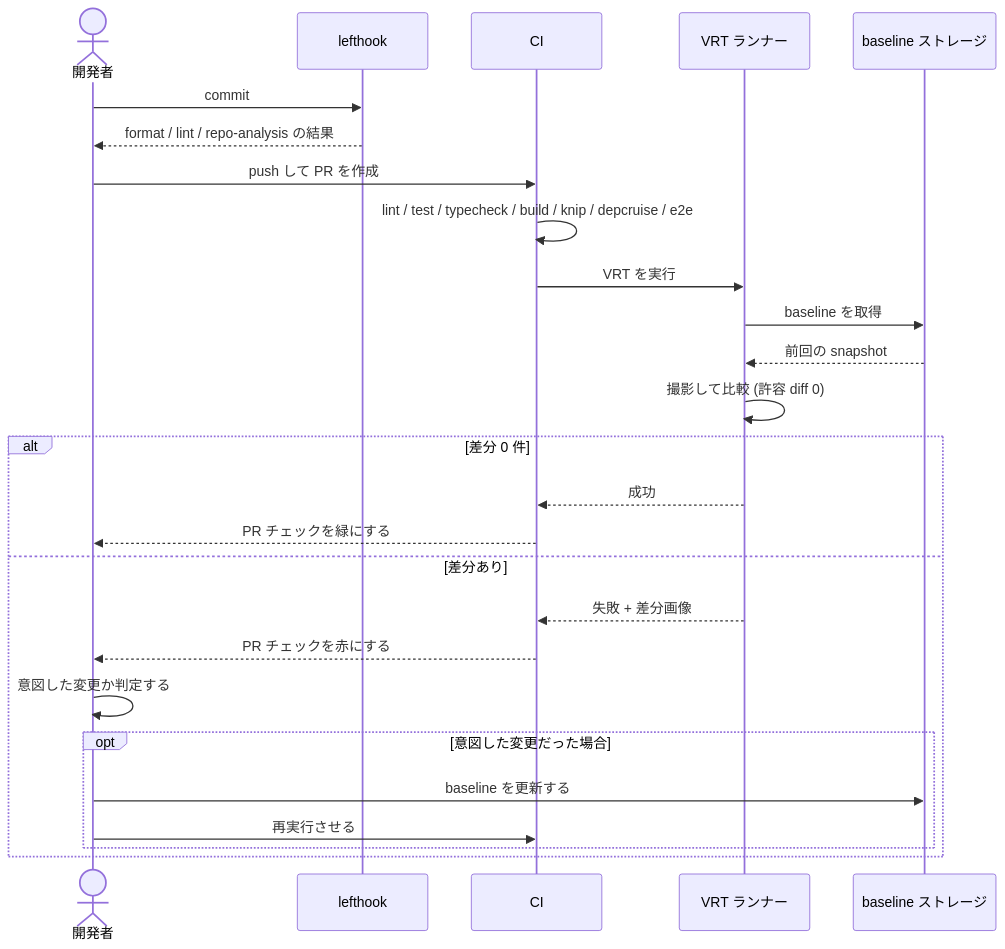
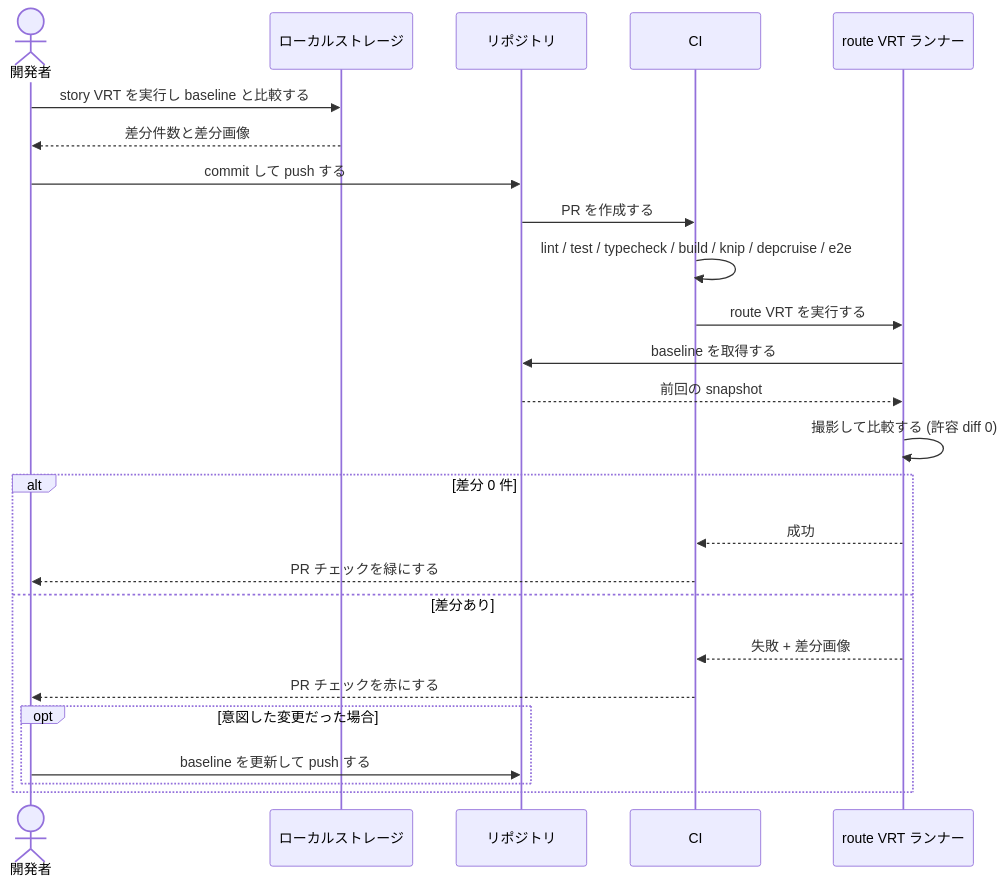
The second of 3 diagrams in specs/33-testing-strategy/index.md (Fukuemon/kufu-apps), drawn with Mermaid before and after one commit. The commit also changed other lines of this file and 1 other file, not shown here.

Commit message:
docs(specs): track gate の指摘 7 件へ対応し図を #33 スコープへ描き直す #33

````diff
--- a/specs/33-testing-strategy/index.md
+++ b/specs/33-testing-strategy/index.md
@@ -348,29 +352,28 @@
 ```mermaid
 sequenceDiagram
     actor Dev as 開発者
-    participant Hook as lefthook
+    participant Local as ローカルストレージ
+    participant Repo as リポジトリ
     participant CI as CI
-    participant Runner as VRT ランナー
-    participant Store as baseline ストレージ
+    participant Runner as route VRT ランナー
 
-    Dev->>Hook: commit
-    Hook-->>Dev: format / lint / repo-analysis の結果
-    Dev->>CI: push して PR を作成
+    Dev->>Local: story VRT を実行し baseline と比較する
+    Local-->>Dev: 差分件数と差分画像
+    Dev->>Repo: commit して push する
+    Repo->>CI: PR を作成する
     CI->>CI: lint / test / typecheck / build / knip / depcruise / e2e
-    CI->>Runner: VRT を実行
-    Runner->>Store: baseline を取得
-    Store-->>Runner: 前回の snapshot
-    Runner->>Runner: 撮影して比較 (許容 diff 0)
+    CI->>Runner: route VRT を実行する
+    Runner->>Repo: baseline を取得する
+    Repo-->>Runner: 前回の snapshot
+    Runner->>Runner: 撮影して比較する (許容 diff 0)
     alt 差分 0 件
         Runner-->>CI: 成功
         CI-->>Dev: PR チェックを緑にする
     else 差分あり
         Runner-->>CI: 失敗 + 差分画像
         CI-->>Dev: PR チェックを赤にする
-        Dev->>Dev: 意図した変更か判定する
         opt 意図した変更だった場合
-            Dev->>Store: baseline を更新する
-            Dev->>CI: 再実行させる
+            Dev->>Repo: baseline を更新して push する
         end
     end
 ```
````
